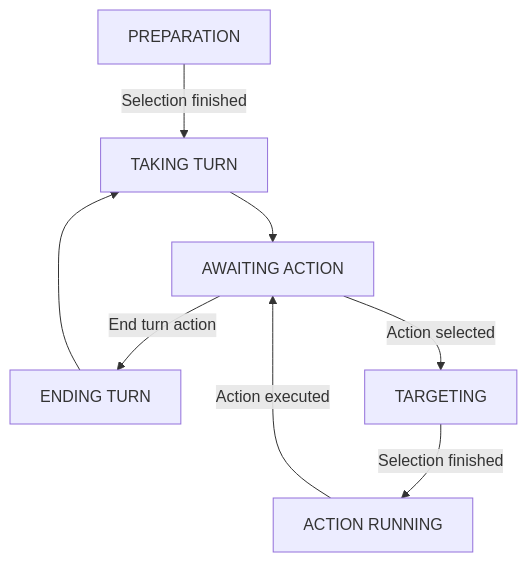
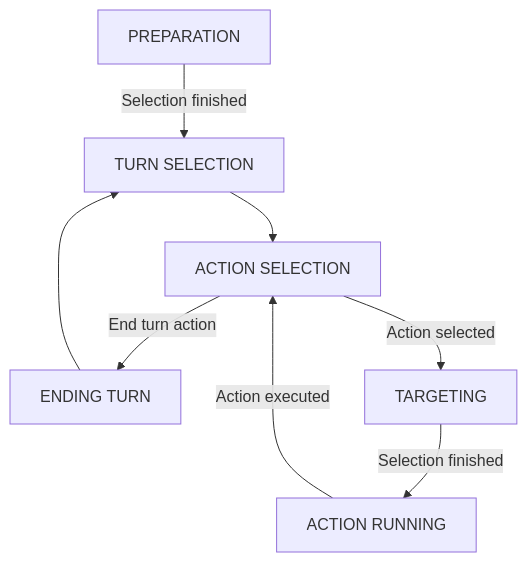
The diagram in Obsidian/Mechanics/Combat flow.md (NancokPS2/ChessLikeCSharp), drawn with Mermaid before and after one commit. The commit also changed other lines of this file and 13 other files, not shown here.

````diff
--- a/Obsidian/Mechanics/Combat flow.md
+++ b/Obsidian/Mechanics/Combat flow.md
@@ -20,16 +19,16 @@
 ```mermaid
 flowchart TD
 A[PREPARATION]
-B[TAKING TURN]
-C[AWAITING ACTION]
+B[TURN SELECTION]
+C[ACTION SELECTION]
 D[ENDING TURN]
 E[TARGETING]
 F[ACTION RUNNING]
 A-->|Selection finished|B
 B-->C
 C-->|Action selected|E
 C-->|End turn action|D
 D-->B
 E-->|Selection finished|F
 F-->|Action executed|C
 ```
````
